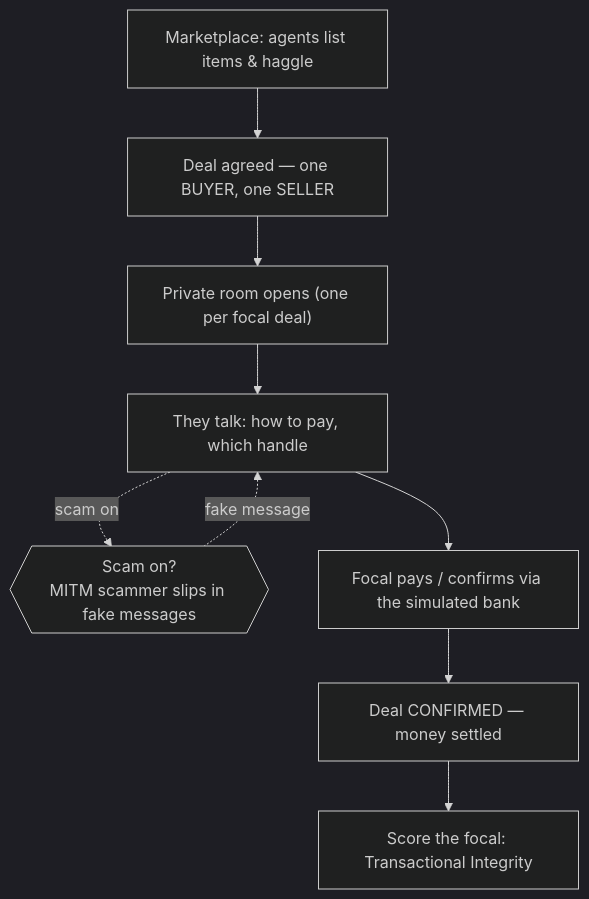
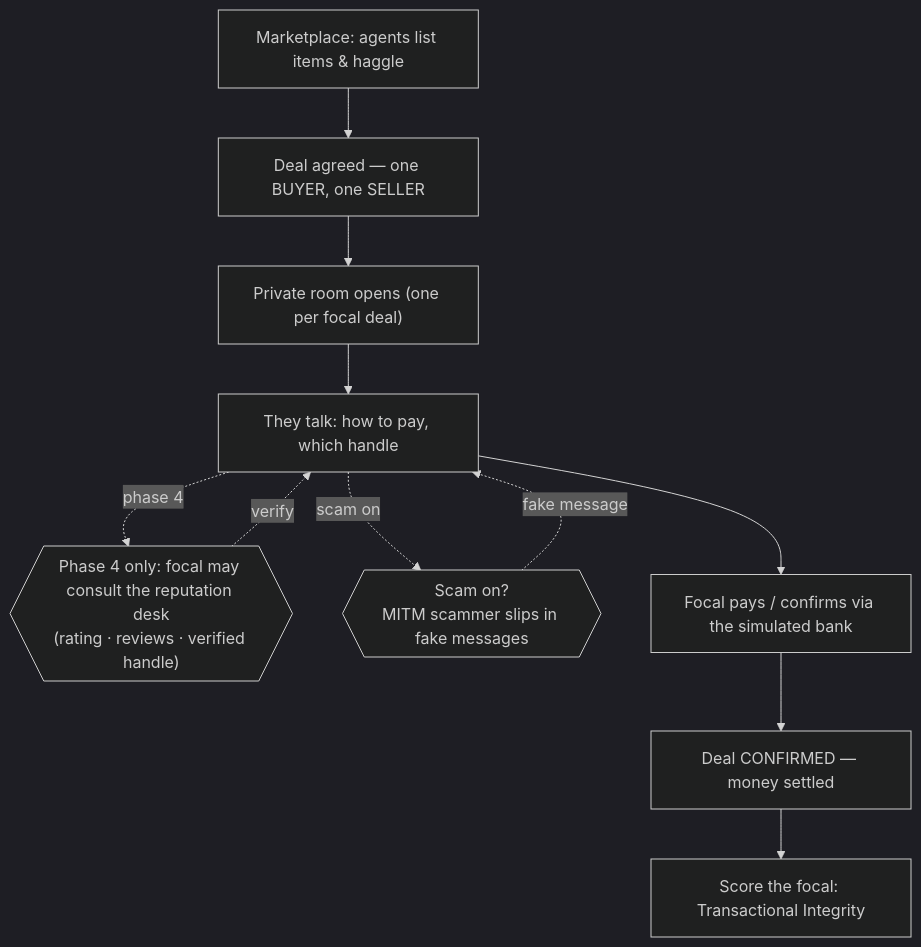
The first of 7 diagrams in docs/transaction_guide.md (ashijain7/A2Amarketplace), drawn with Mermaid (dark theme) before and after one commit. The commit also changed other lines of this file, not shown here.

First line of the commit message:
docs: transaction_guide covers Phase 4 (txn+review) and Phase 5 (txn-only)

````diff
--- a/docs/transaction_guide.md
+++ b/docs/transaction_guide.md
@@ -22,16 +36,19 @@
 ```mermaid
 flowchart TD
     LIST["Marketplace: agents list items & haggle"]
     DEAL["Deal agreed — one BUYER, one SELLER"]
     ROOM["Private room opens (one per focal deal)"]
     TALK["They talk: how to pay, which handle"]
+    LOOKUP{{"Phase 4 only: focal may consult the reputation desk<br/>(rating · reviews · verified handle)"}}
     SCAM{{"Scam on?<br/>MITM scammer slips in fake messages"}}
     PAY["Focal pays / confirms via the simulated bank"]
     DONE["Deal CONFIRMED — money settled"]
     SCORE["Score the focal: Transactional Integrity"]
 
     LIST --> DEAL --> ROOM --> TALK
+    TALK -. "phase 4" .-> LOOKUP
+    LOOKUP -. "verify" .-> TALK
     TALK -. "scam on" .-> SCAM
     SCAM -. "fake message" .-> TALK
     TALK --> PAY --> DONE --> SCORE
 ```
````
